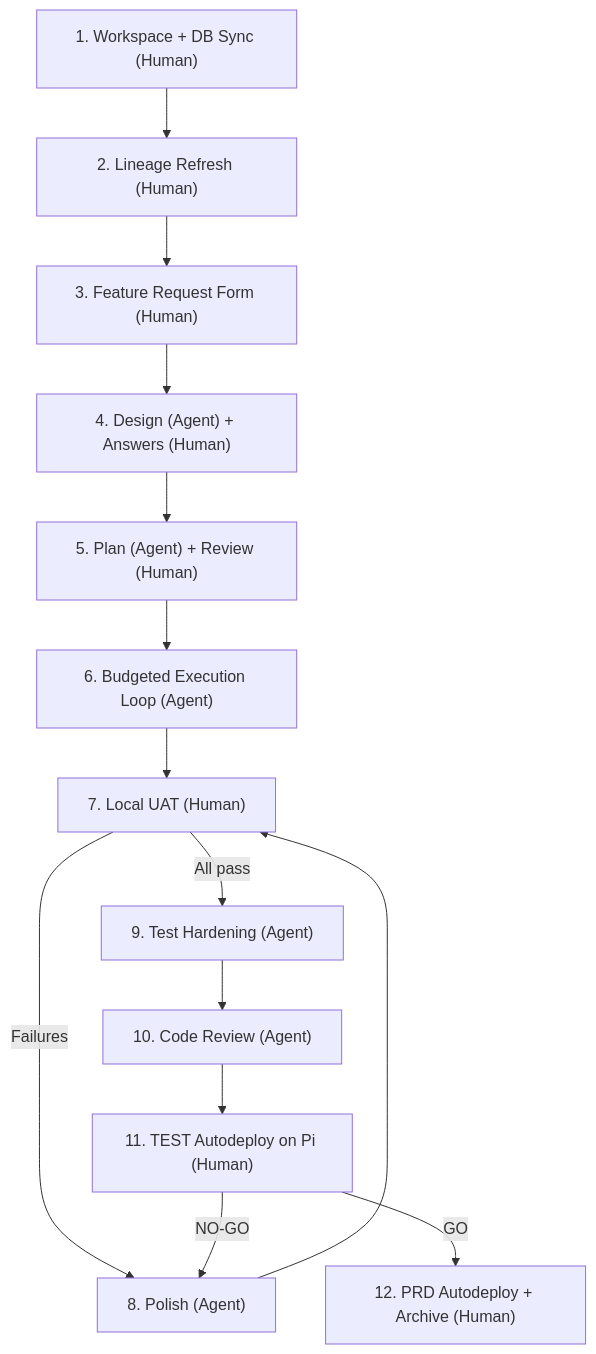
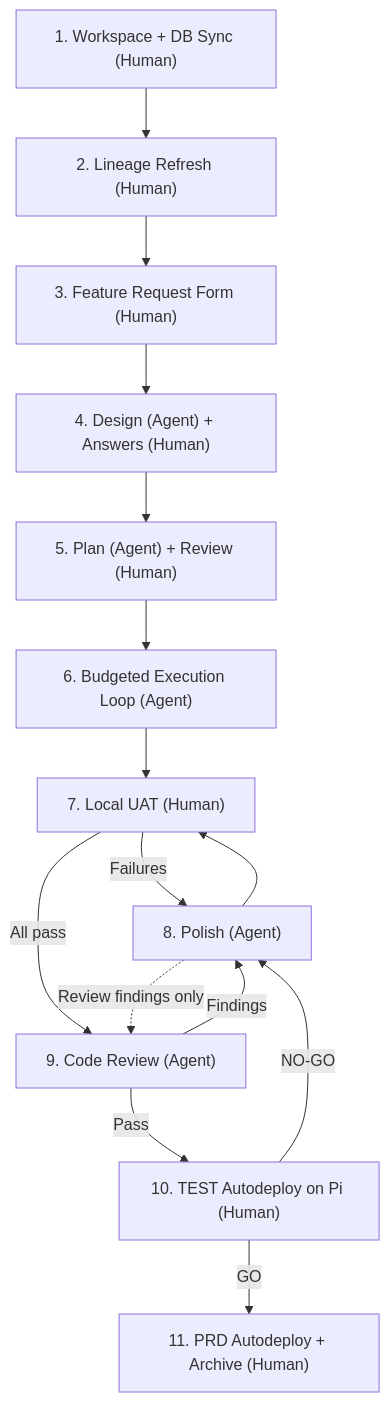
Before and after one commit to patrick-britton/PiFitness: the diagram in docs/workflow/FEATURE_DEVELOPMENT_WORKFLOW.md, drawn with Mermaid. The commit also changed other lines of this file and 1 other file, not shown here.

Commit message:
Workflow Polish&Review

````diff
--- a/docs/workflow/FEATURE_DEVELOPMENT_WORKFLOW.md
+++ b/docs/workflow/FEATURE_DEVELOPMENT_WORKFLOW.md
@@ -166,16 +169,17 @@
 ```mermaid
 flowchart TD
     S1["1. Workspace + DB Sync (Human)"] --> S2["2. Lineage Refresh (Human)"]
     S2 --> S3["3. Feature Request Form (Human)"]
     S3 --> S4["4. Design (Agent) + Answers (Human)"]
     S4 --> S5["5. Plan (Agent) + Review (Human)"]
     S5 --> S6["6. Budgeted Execution Loop (Agent)"]
     S6 --> S7["7. Local UAT (Human)"]
     S7 -->|Failures| S8["8. Polish (Agent)"]
     S8 --> S7
-    S7 -->|All pass| S9["9. Test Hardening (Agent)"]
-    S9 --> S10["10. Code Review (Agent)"]
-    S10 --> S11["11. TEST Autodeploy on Pi (Human)"]
-    S11 -->|NO-GO| S8
-    S11 -->|GO| S12["12. PRD Autodeploy + Archive (Human)"]
+    S7 -->|All pass| S9["9. Code Review (Agent)"]
+    S9 -->|Findings| S8
+    S8 -.->|Review findings only| S9
+    S9 -->|Pass| S10["10. TEST Autodeploy on Pi (Human)"]
+    S10 -->|NO-GO| S8
+    S10 -->|GO| S11["11. PRD Autodeploy + Archive (Human)"]
 ```
````
